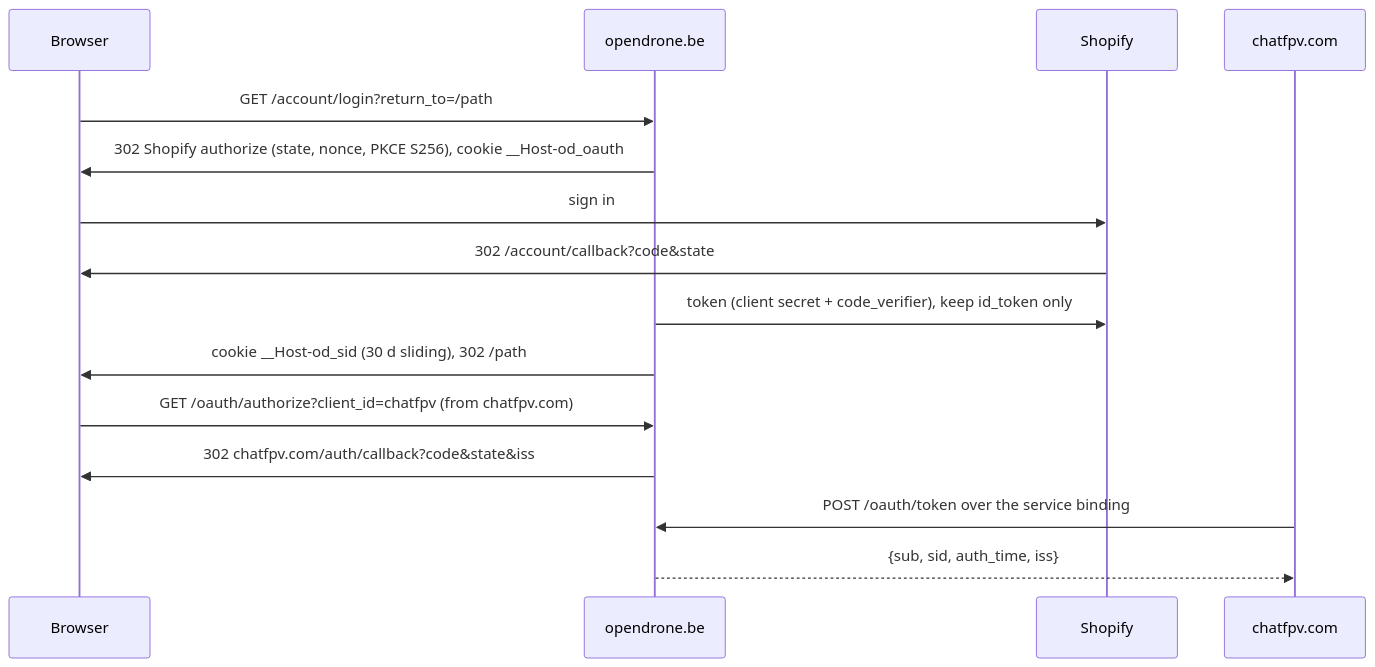
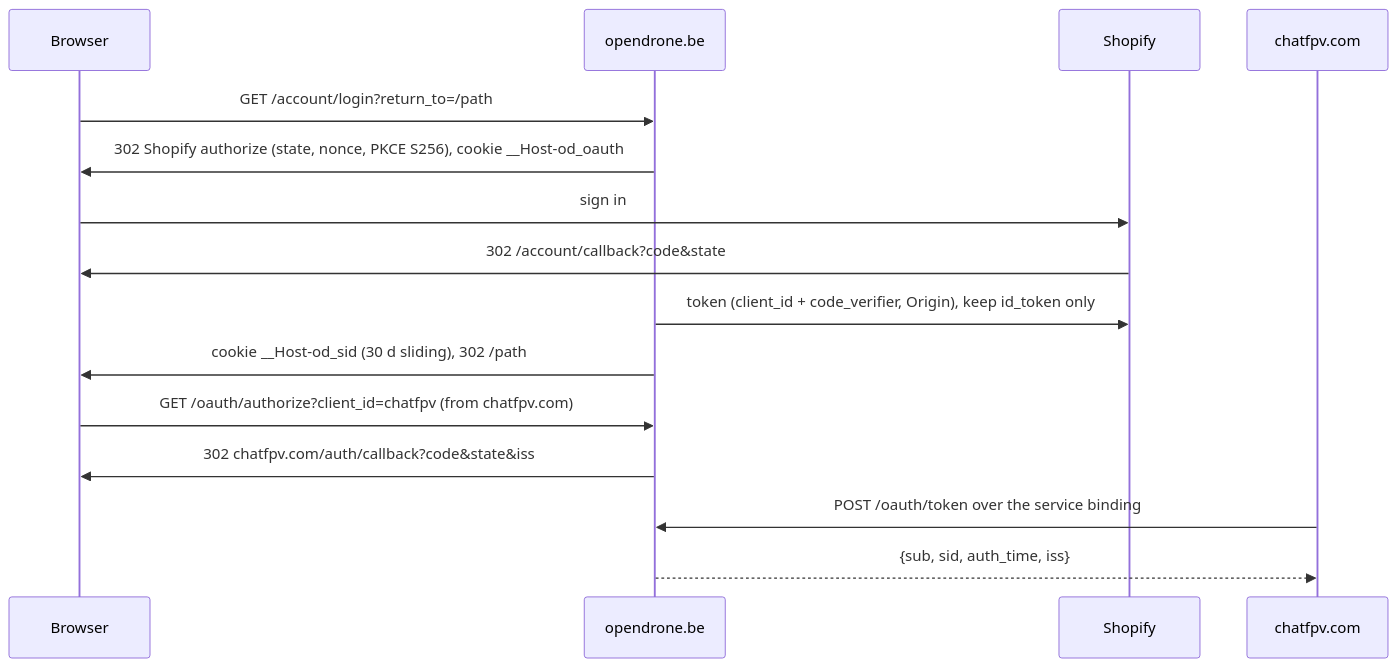
One commit to OpenDrone-hw/OpenDrone-Web changed the fourth of 5 diagrams in README.md. Above: the diagram before and after it, drawn with Mermaid. The commit also changed other lines of this file, not shown here.

First line of the commit message:
Describe shared accounts as live with the public Hydrogen client (#533)

````diff
--- a/README.md
+++ b/README.md
@@ -467,17 +467,17 @@
 ```mermaid
 sequenceDiagram
   participant B as Browser
   participant OD as opendrone.be
   participant SH as Shopify
   participant CF as chatfpv.com
   B->>OD: GET /account/login?return_to=/path
   OD->>B: 302 Shopify authorize (state, nonce, PKCE S256), cookie __Host-od_oauth
   B->>SH: sign in
   SH->>B: 302 /account/callback?code&state
-  OD->>SH: token (client secret + code_verifier), keep id_token only
+  OD->>SH: token (client_id + code_verifier, Origin), keep id_token only
   OD->>B: cookie __Host-od_sid (30 d sliding), 302 /path
   B->>OD: GET /oauth/authorize?client_id=chatfpv (from chatfpv.com)
   OD->>B: 302 chatfpv.com/auth/callback?code&state&iss
   CF->>OD: POST /oauth/token over the service binding
   OD-->>CF: {sub, sid, auth_time, iss}
 ```
````
